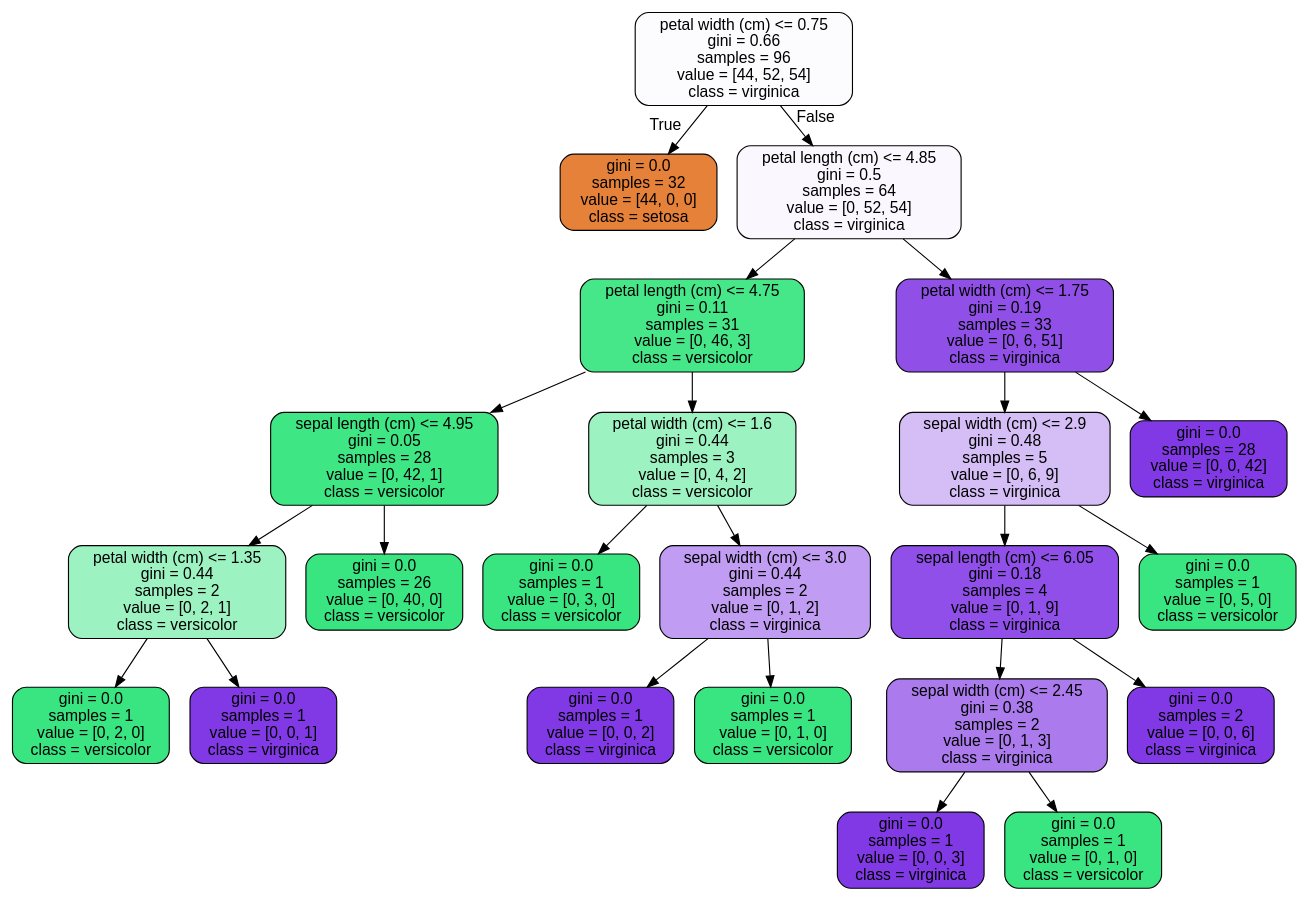
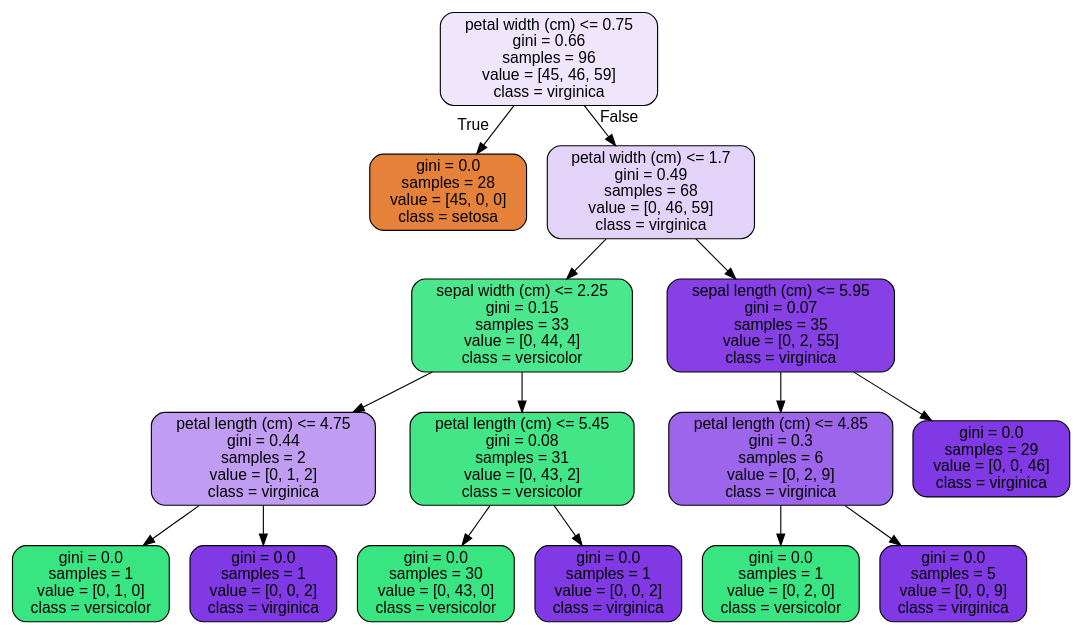
The diagram in Unit 14 - Supervised Learning/14.4 Random Forest Coronavirus case study/tree.dot (pmanish790/dsc), drawn with Graphviz before and after one commit. The commit also changed 2 other files, not shown here.

```diff
--- a/Unit 14 - Supervised Learning/14.4 Random Forest Coronavirus case study/tree.dot
+++ b/Unit 14 - Supervised Learning/14.4 Random Forest Coronavirus case study/tree.dot
@@ -1,49 +1,33 @@
 digraph Tree {
 node [shape=box, style="filled, rounded", color="black", fontname="helvetica"] ;
 edge [fontname="helvetica"] ;
-0 [label="petal width (cm) <= 0.75\ngini = 0.66\nsamples = 96\nvalue = [44, 52, 54]\nclass = virginica", fillcolor="#fcfbfe"] ;
-1 [label="gini = 0.0\nsamples = 32\nvalue = [44, 0, 0]\nclass = setosa", fillcolor="#e58139"] ;
+0 [label="petal width (cm) <= 0.75\ngini = 0.66\nsamples = 96\nvalue = [45, 46, 59]\nclass = virginica", fillcolor="#efe6fc"] ;
+1 [label="gini = 0.0\nsamples = 28\nvalue = [45, 0, 0]\nclass = setosa", fillcolor="#e58139"] ;
 0 -> 1 [labeldistance=2.5, labelangle=45, headlabel="True"] ;
-2 [label="petal length (cm) <= 4.85\ngini = 0.5\nsamples = 64\nvalue = [0, 52, 54]\nclass = virginica", fillcolor="#faf8fe"] ;
+2 [label="petal width (cm) <= 1.7\ngini = 0.49\nsamples = 68\nvalue = [0, 46, 59]\nclass = virginica", fillcolor="#e3d3f9"] ;
 0 -> 2 [labeldistance=2.5, labelangle=-45, headlabel="False"] ;
-3 [label="petal length (cm) <= 4.75\ngini = 0.11\nsamples = 31\nvalue = [0, 46, 3]\nclass = versicolor", fillcolor="#46e789"] ;
+3 [label="sepal width (cm) <= 2.25\ngini = 0.15\nsamples = 33\nvalue = [0, 44, 4]\nclass = versicolor", fillcolor="#4be78c"] ;
 2 -> 3 ;
-4 [label="sepal length (cm) <= 4.95\ngini = 0.05\nsamples = 28\nvalue = [0, 42, 1]\nclass = versicolor", fillcolor="#3ee684"] ;
+4 [label="petal length (cm) <= 4.75\ngini = 0.44\nsamples = 2\nvalue = [0, 1, 2]\nclass = virginica", fillcolor="#c09cf2"] ;
 3 -> 4 ;
-5 [label="petal width (cm) <= 1.35\ngini = 0.44\nsamples = 2\nvalue = [0, 2, 1]\nclass = versicolor", fillcolor="#9cf2c0"] ;
+5 [label="gini = 0.0\nsamples = 1\nvalue = [0, 1, 0]\nclass = versicolor", fillcolor="#39e581"] ;
 4 -> 5 ;
-6 [label="gini = 0.0\nsamples = 1\nvalue = [0, 2, 0]\nclass = versicolor", fillcolor="#39e581"] ;
-5 -> 6 ;
-7 [label="gini = 0.0\nsamples = 1\nvalue = [0, 0, 1]\nclass = virginica", fillcolor="#8139e5"] ;
-5 -> 7 ;
-8 [label="gini = 0.0\nsamples = 26\nvalue = [0, 40, 0]\nclass = versicolor", fillcolor="#39e581"] ;
-4 -> 8 ;
-9 [label="petal width (cm) <= 1.6\ngini = 0.44\nsamples = 3\nvalue = [0, 4, 2]\nclass = versicolor", fillcolor="#9cf2c0"] ;
-3 -> 9 ;
-10 [label="gini = 0.0\nsamples = 1\nvalue = [0, 3, 0]\nclass = versicolor", fillcolor="#39e581"] ;
-9 -> 10 ;
-11 [label="sepal width (cm) <= 3.0\ngini = 0.44\nsamples = 2\nvalue = [0, 1, 2]\nclass = virginica", fillcolor="#c09cf2"] ;
-9 -> 11 ;
-12 [label="gini = 0.0\nsamples = 1\nvalue = [0, 0, 2]\nclass = virginica", fillcolor="#8139e5"] ;
+6 [label="gini = 0.0\nsamples = 1\nvalue = [0, 0, 2]\nclass = virginica", fillcolor="#8139e5"] ;
+4 -> 6 ;
+7 [label="petal length (cm) <= 5.45\ngini = 0.08\nsamples = 31\nvalue = [0, 43, 2]\nclass = versicolor", fillcolor="#42e687"] ;
+3 -> 7 ;
+8 [label="gini = 0.0\nsamples = 30\nvalue = [0, 43, 0]\nclass = versicolor", fillcolor="#39e581"] ;
+7 -> 8 ;
+9 [label="gini = 0.0\nsamples = 1\nvalue = [0, 0, 2]\nclass = virginica", fillcolor="#8139e5"] ;
+7 -> 9 ;
+10 [label="sepal length (cm) <= 5.95\ngini = 0.07\nsamples = 35\nvalue = [0, 2, 55]\nclass = virginica", fillcolor="#8640e6"] ;
+2 -> 10 ;
+11 [label="petal length (cm) <= 4.85\ngini = 0.3\nsamples = 6\nvalue = [0, 2, 9]\nclass = virginica", fillcolor="#9d65eb"] ;
+10 -> 11 ;
+12 [label="gini = 0.0\nsamples = 1\nvalue = [0, 2, 0]\nclass = versicolor", fillcolor="#39e581"] ;
 11 -> 12 ;
-13 [label="gini = 0.0\nsamples = 1\nvalue = [0, 1, 0]\nclass = versicolor", fillcolor="#39e581"] ;
+13 [label="gini = 0.0\nsamples = 5\nvalue = [0, 0, 9]\nclass = virginica", fillcolor="#8139e5"] ;
 11 -> 13 ;
-14 [label="petal width (cm) <= 1.75\ngini = 0.19\nsamples = 33\nvalue = [0, 6, 51]\nclass = virginica", fillcolor="#9050e8"] ;
-2 -> 14 ;
-15 [label="sepal width (cm) <= 2.9\ngini = 0.48\nsamples = 5\nvalue = [0, 6, 9]\nclass = virginica", fillcolor="#d5bdf6"] ;
-14 -> 15 ;
-16 [label="sepal length (cm) <= 6.05\ngini = 0.18\nsamples = 4\nvalue = [0, 1, 9]\nclass = virginica", fillcolor="#8f4fe8"] ;
-15 -> 16 ;
-17 [label="sepal width (cm) <= 2.45\ngini = 0.38\nsamples = 2\nvalue = [0, 1, 3]\nclass = virginica", fillcolor="#ab7bee"] ;
-16 -> 17 ;
-18 [label="gini = 0.0\nsamples = 1\nvalue = [0, 0, 3]\nclass = virginica", fillcolor="#8139e5"] ;
-17 -> 18 ;
-19 [label="gini = 0.0\nsamples = 1\nvalue = [0, 1, 0]\nclass = versicolor", fillcolor="#39e581"] ;
-17 -> 19 ;
-20 [label="gini = 0.0\nsamples = 2\nvalue = [0, 0, 6]\nclass = virginica", fillcolor="#8139e5"] ;
-16 -> 20 ;
-21 [label="gini = 0.0\nsamples = 1\nvalue = [0, 5, 0]\nclass = versicolor", fillcolor="#39e581"] ;
-15 -> 21 ;
-22 [label="gini = 0.0\nsamples = 28\nvalue = [0, 0, 42]\nclass = virginica", fillcolor="#8139e5"] ;
-14 -> 22 ;
+14 [label="gini = 0.0\nsamples = 29\nvalue = [0, 0, 46]\nclass = virginica", fillcolor="#8139e5"] ;
+10 -> 14 ;
 }
```
